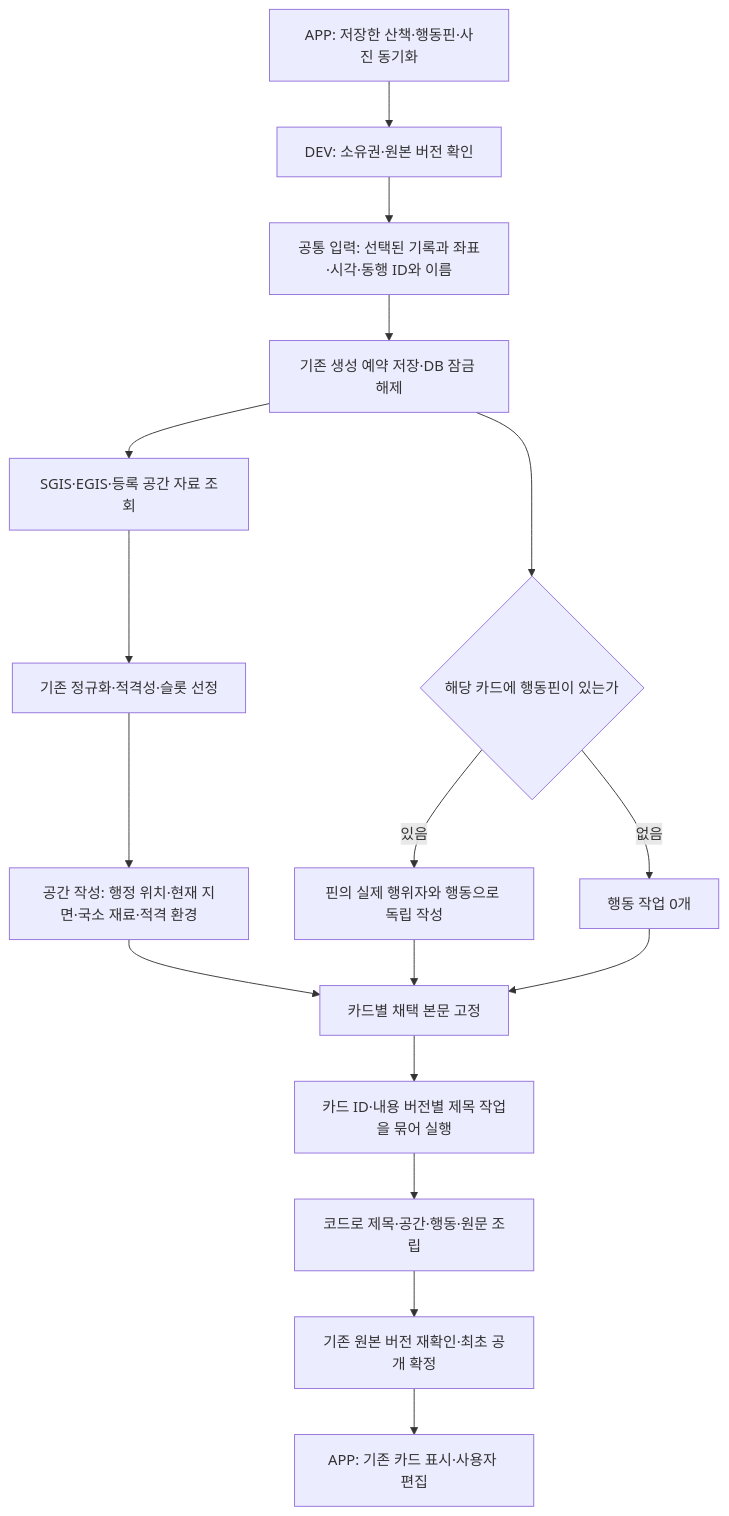
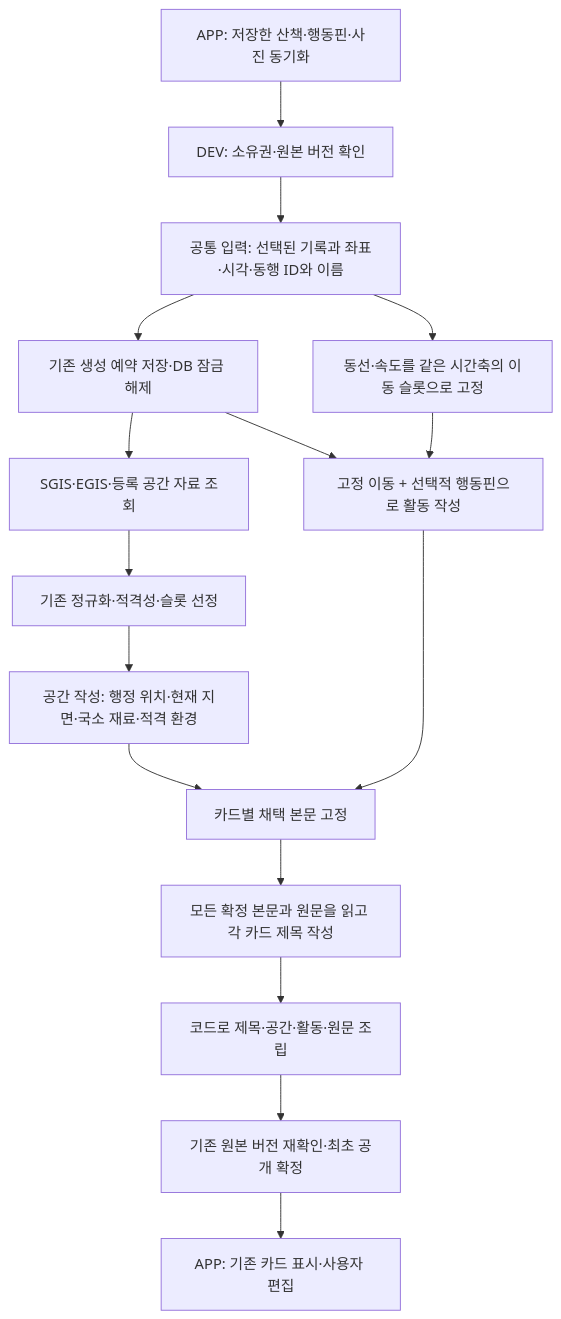
Before and after one commit to SAJOYO/DAENGS_dev: the diagram in docs/walk/card-orchestration.md, drawn with Mermaid. The commit also changed other lines of this file and 39 other files, not shown here.

````diff
--- a/docs/walk/card-orchestration.md
+++ b/docs/walk/card-orchestration.md
@@ -9,19 +12,18 @@
 ```mermaid
 flowchart TD
     A[APP: 저장한 산책·행동핀·사진 동기화] --> B[DEV: 소유권·원본 버전 확인]
     B --> C[공통 입력: 선택된 기록과 좌표·시각·동행 ID와 이름]
     C --> D[기존 생성 예약 저장·DB 잠금 해제]
     D --> E[SGIS·EGIS·등록 공간 자료 조회]
-    D --> F{해당 카드에 행동핀이 있는가}
-    F -->|있음| G[핀의 실제 행위자와 행동으로 독립 작성]
-    F -->|없음| H[행동 작업 0개]
+    C --> F[동선·속도를 같은 시간축의 이동 슬롯으로 고정]
+    D --> G[고정 이동 + 선택적 행동핀으로 활동 작성]
+    F --> G
     E --> I[기존 정규화·적격성·슬롯 선정]
     I --> J[공간 작성: 행정 위치·현재 지면·국소 재료·적격 환경]
     J --> K[카드별 채택 본문 고정]
     G --> K
-    H --> K
-    K --> L[카드 ID·내용 버전별 제목 작업을 묶어 실행]
-    L --> M[코드로 제목·공간·행동·원문 조립]
+    K --> L[모든 확정 본문과 원문을 읽고 각 카드 제목 작성]
+    L --> M[코드로 제목·공간·활동·원문 조립]
     M --> N[기존 원본 버전 재확인·최초 공개 확정]
     N --> O[APP: 기존 카드 표시·사용자 편집]
 ```
````
